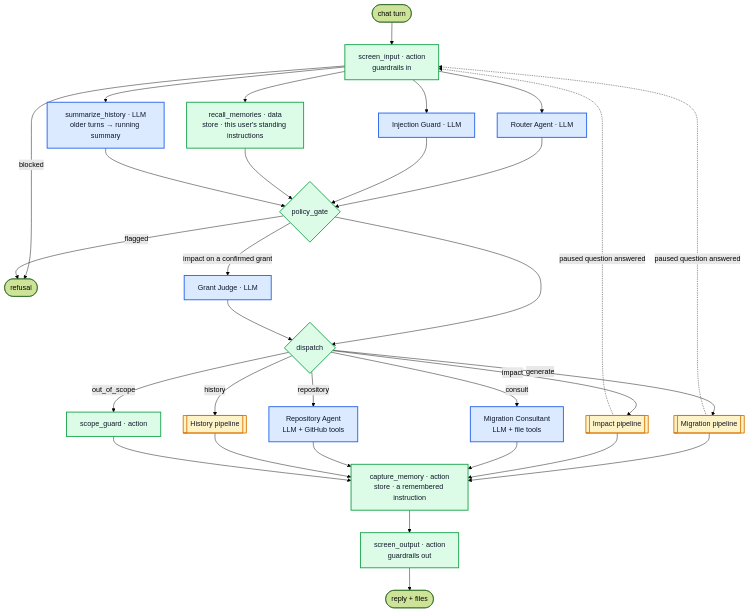
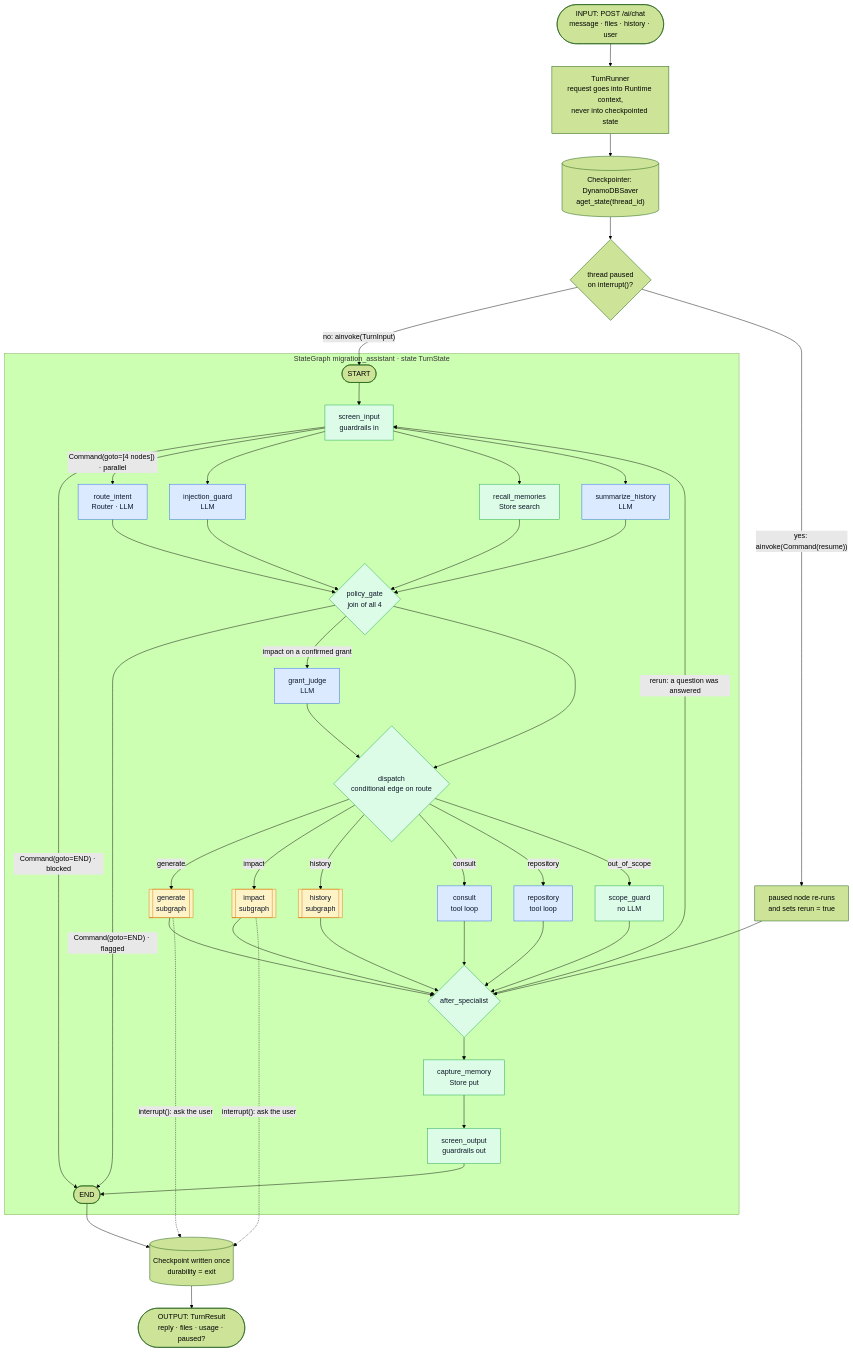
Before and after one commit to shankasf/small_migration: the fourth of 9 diagrams in README.md, drawn with Mermaid (forest theme). The commit also changed other lines of this file, not shown here.

First line of the commit message:
Replace README flowcharts with simpler ones and a complete LangGraph flow [skip ci]

````diff
--- a/README.md
+++ b/README.md
@@ -715,40 +601,55 @@
 ```mermaid
 flowchart TD
-    S(["chat turn"]) --> SI["screen_input · action<br/>guardrails in"]
-    SI -- blocked --> BL(["refusal"])
-    SI --> R["Router Agent · LLM"]
-    SI --> G["Injection Guard · LLM"]
-    SI --> RM["recall_memories · data<br/>store · this user's standing instructions"]
-    SI --> SM["summarize_history · LLM<br/>older turns → running summary"]
-    R --> PG{"policy_gate"}
-    G --> PG
-    RM --> PG
-    SM --> PG
-    PG -- flagged --> BL
-    PG -- "impact on a confirmed grant" --> GJ["Grant Judge · LLM"]
-    PG --> DI{"dispatch"}
-    GJ --> DI
-    DI -- generate --> MIG[["Migration pipeline"]]
-    DI -- impact --> IMP[["Impact pipeline"]]
-    DI -- consult --> CON["Migration Consultant<br/>LLM + file tools"]
-    DI -- repository --> REP["Repository Agent<br/>LLM + GitHub tools"]
-    DI -- history --> HIS[["History pipeline"]]
-    DI -- out_of_scope --> SG["scope_guard · action"]
-    MIG --> CM["capture_memory · action<br/>store · a remembered instruction"]
-    CM --> SO["screen_output · action<br/>guardrails out"]
-    IMP --> CM
-    CON --> CM
-    REP --> CM
-    HIS --> CM
-    SG --> CM
-    MIG -. "paused question answered" .-> SI
-    IMP -. "paused question answered" .-> SI
-    SO --> E(["reply + files"])
+    IN(["INPUT: POST /ai/chat<br/>message · files · history · user"])
+    IN --> RUN["TurnRunner<br/>request goes into Runtime context,<br/>never into checkpointed state"]
+    RUN --> LOAD[("Checkpointer: DynamoDBSaver<br/>aget_state(thread_id)")]
+    LOAD --> Q{"thread paused<br/>on interrupt()?"}
+    Q -- "no: ainvoke(TurnInput)" --> S0
+    Q -- "yes: ainvoke(Command(resume))" --> PAUSED["paused node re-runs<br/>and sets rerun = true"]
 
-    classDef llm fill:#dbeafe,stroke:#2563eb,stroke-width:2px,color:#0f172a
-    classDef act fill:#dcfce7,stroke:#16a34a,stroke-width:2px,color:#0f172a
-    classDef sub fill:#fef3c7,stroke:#d97706,stroke-width:2px,color:#0f172a
-    class R,G,GJ,CON,REP,SM llm
-    class SI,SO,SG,PG,DI,RM,CM act
-    class MIG,IMP,HIS sub
+    subgraph TURN["StateGraph migration_assistant · state TurnState"]
+        S0(["START"]) --> SI["screen_input<br/>guardrails in"]
+        SI -- "Command(goto=END) · blocked" --> E0(["END"])
+        SI -- "Command(goto=[4 nodes]) · parallel" --> RT["route_intent<br/>Router · LLM"]
+        SI --> IG["injection_guard<br/>LLM"]
+        SI --> RM["recall_memories<br/>Store search"]
+        SI --> SUM["summarize_history<br/>LLM"]
+        RT --> PG{"policy_gate<br/>join of all 4"}
+        IG --> PG
+        RM --> PG
+        SUM --> PG
+        PG -- "Command(goto=END) · flagged" --> E0
+        PG -- "impact on a confirmed grant" --> GJ["grant_judge<br/>LLM"]
+        PG --> DI{"dispatch<br/>conditional edge on route"}
+        GJ --> DI
+        DI -- generate --> GEN[["generate<br/>subgraph"]]
+        DI -- impact --> IMP[["impact<br/>subgraph"]]
+        DI -- history --> HIS[["history<br/>subgraph"]]
+        DI -- consult --> CON["consult<br/>tool loop"]
+        DI -- repository --> REP["repository<br/>tool loop"]
+        DI -- out_of_scope --> SG["scope_guard<br/>no LLM"]
+        GEN --> AS{"after_specialist"}
+        IMP --> AS
+        HIS --> AS
+        CON --> AS
+        REP --> AS
+        SG --> AS
+        AS -- "rerun: a question was answered" --> SI
+        AS --> CM["capture_memory<br/>Store put"]
+        CM --> SO["screen_output<br/>guardrails out"]
+        SO --> E0
+    end
+
+    PAUSED --> AS
+    GEN -. "interrupt(): ask the user" .-> SAVE
+    IMP -. "interrupt(): ask the user" .-> SAVE
+    E0 --> SAVE[("Checkpoint written once<br/>durability = exit")]
+    SAVE --> OUT(["OUTPUT: TurnResult<br/>reply · files · usage · paused?"])
+
+    classDef llm fill:#dbeafe,stroke:#2563eb,color:#0f172a
+    classDef code fill:#dcfce7,stroke:#16a34a,color:#0f172a
+    classDef sub fill:#fef3c7,stroke:#d97706,color:#0f172a
+    class RT,IG,SUM,GJ,CON,REP llm
+    class SI,RM,PG,DI,SG,AS,CM,SO code
+    class GEN,IMP,HIS sub
 ```
````
